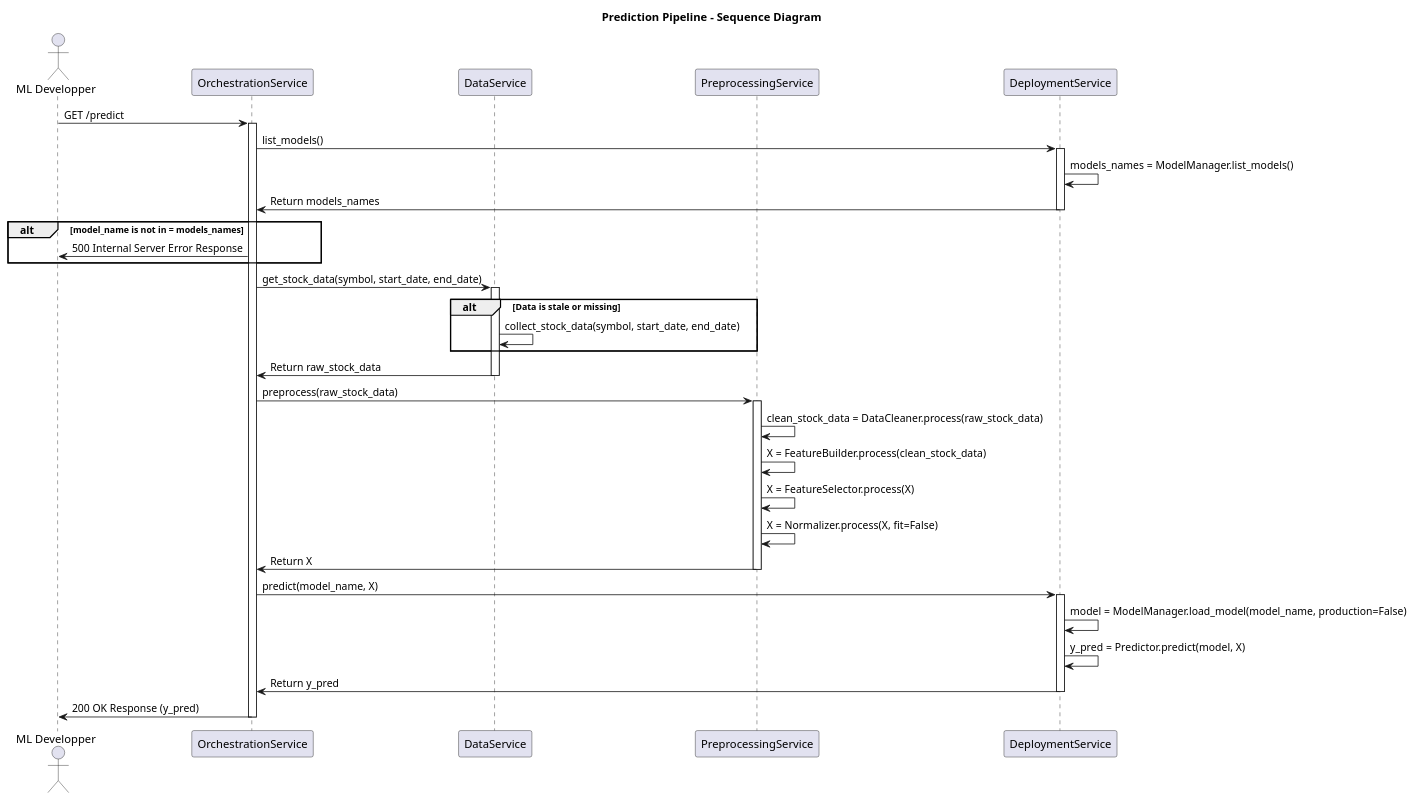
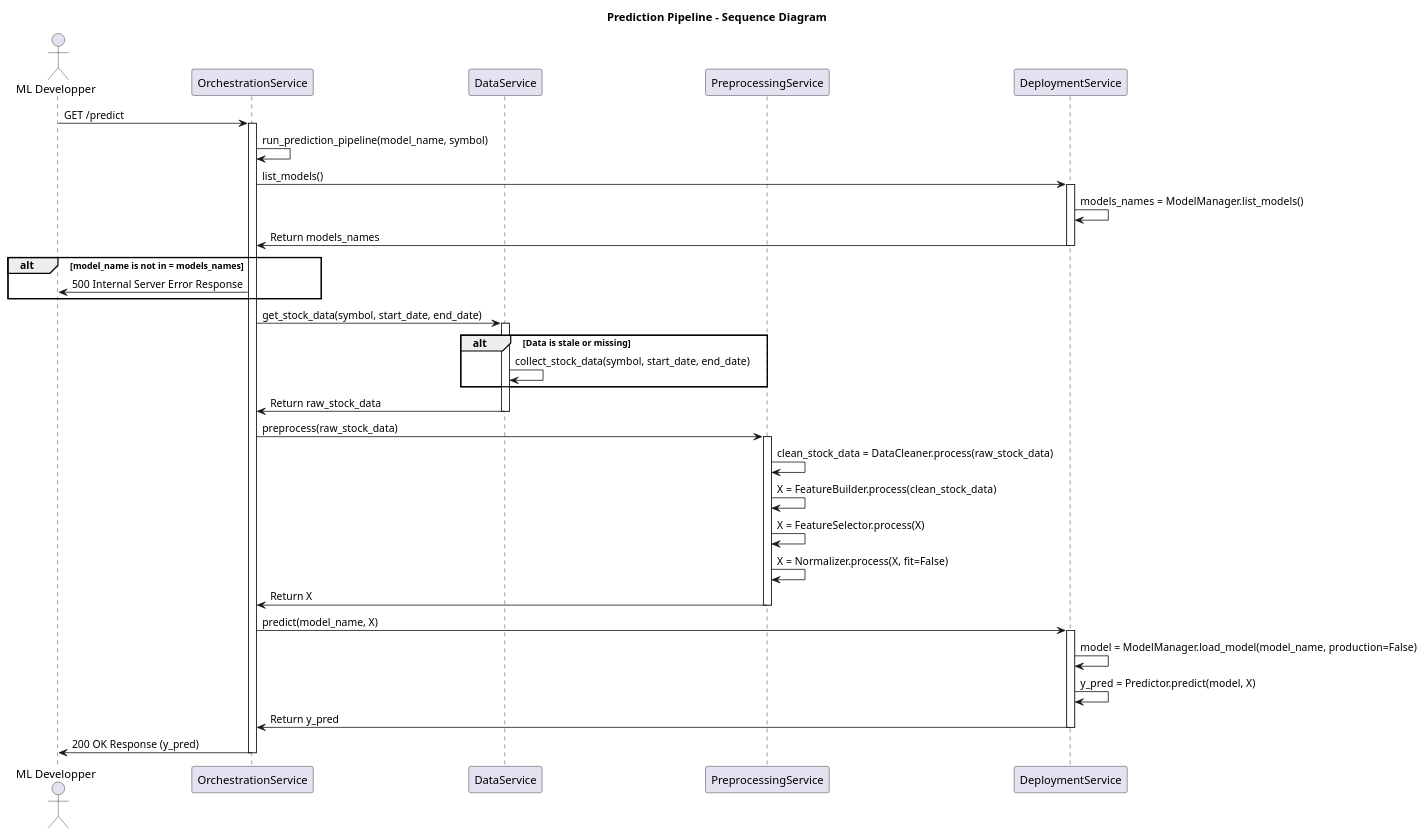
The diagram in docs/monolith/Prediction_Pipeline_Sequence_Diagram.puml (LOG795-PFE031/stock-ai_pfe031), drawn with PlantUML before and after one commit. The commit also changed 3 other files, not shown here.

Commit message:
Args added to diagram + Monitoring classes added (Docs)

```diff
--- a/docs/monolith/Prediction_Pipeline_Sequence_Diagram.puml
+++ b/docs/monolith/Prediction_Pipeline_Sequence_Diagram.puml
@@ -1,59 +1,59 @@
 @startuml
 
 title Prediction Pipeline - Sequence Diagram
 
 Actor "ML Developper" as User
 participant OrchestrationService
 participant DataService
 participant PreprocessingService
 participant DeploymentService
 
 
 User -> OrchestrationService : GET /predict
 activate OrchestrationService
 
-
+OrchestrationService -> OrchestrationService : run_prediction_pipeline(model_name, symbol)
 OrchestrationService -> DeploymentService : list_models()
 activate DeploymentService
 DeploymentService -> DeploymentService : models_names = ModelManager.list_models()
 DeploymentService -> OrchestrationService : Return models_names
 deactivate DeploymentService
 
 alt model_name is not in = models_names
     OrchestrationService -> User : 500 Internal Server Error Response
 end
 
 
 OrchestrationService -> DataService : get_stock_data(symbol, start_date, end_date)
 activate DataService
 
 alt Data is stale or missing
     DataService -> DataService : collect_stock_data(symbol, start_date, end_date)
 end
 DataService -> OrchestrationService : Return raw_stock_data
 deactivate DataService
 
 
 OrchestrationService -> PreprocessingService : preprocess(raw_stock_data)
 activate PreprocessingService
 PreprocessingService -> PreprocessingService : clean_stock_data = DataCleaner.process(raw_stock_data)
 PreprocessingService -> PreprocessingService : X = FeatureBuilder.process(clean_stock_data)
 PreprocessingService -> PreprocessingService : X = FeatureSelector.process(X)
 PreprocessingService -> PreprocessingService : X = Normalizer.process(X, fit=False)
 PreprocessingService -> OrchestrationService : Return X
 deactivate PreprocessingService
 
 OrchestrationService -> DeploymentService : predict(model_name, X)
 activate DeploymentService
 
 DeploymentService -> DeploymentService : model = ModelManager.load_model(model_name, production=False)
 DeploymentService -> DeploymentService : y_pred = Predictor.predict(model, X)
 
 DeploymentService -> OrchestrationService : Return y_pred
 deactivate DeploymentService
 
 
 OrchestrationService -> User : 200 OK Response (y_pred)
 deactivate OrchestrationService
 
 @enduml
```
